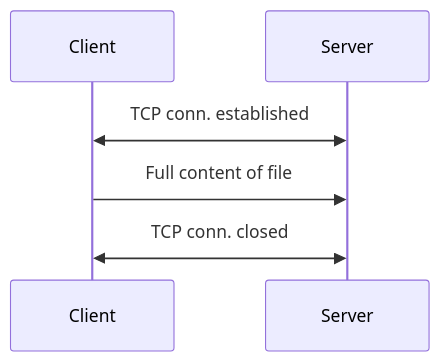
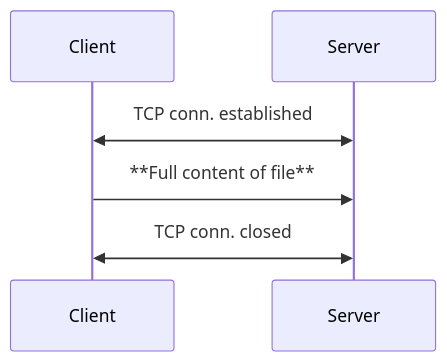
One commit to ajinspiro/HelloNetwork changed the diagram in Program-01-HardCoded/README.md. Above: the diagram before and after it, drawn with Mermaid.

````diff
--- a/Program-01-HardCoded/README.md
+++ b/Program-01-HardCoded/README.md
@@ -8,9 +8,9 @@
 ```mermaid
 sequenceDiagram
     participant Client
     participant Server
 
 Client<<->>Server:TCP conn. established
-Client->>Server:Full content of file
+Client->>Server:**Full content of file**
 Client<<->>Server:TCP conn. closed
 ```
````
